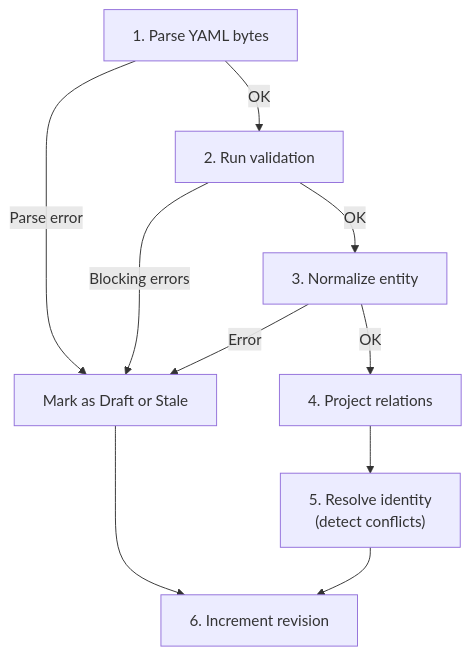
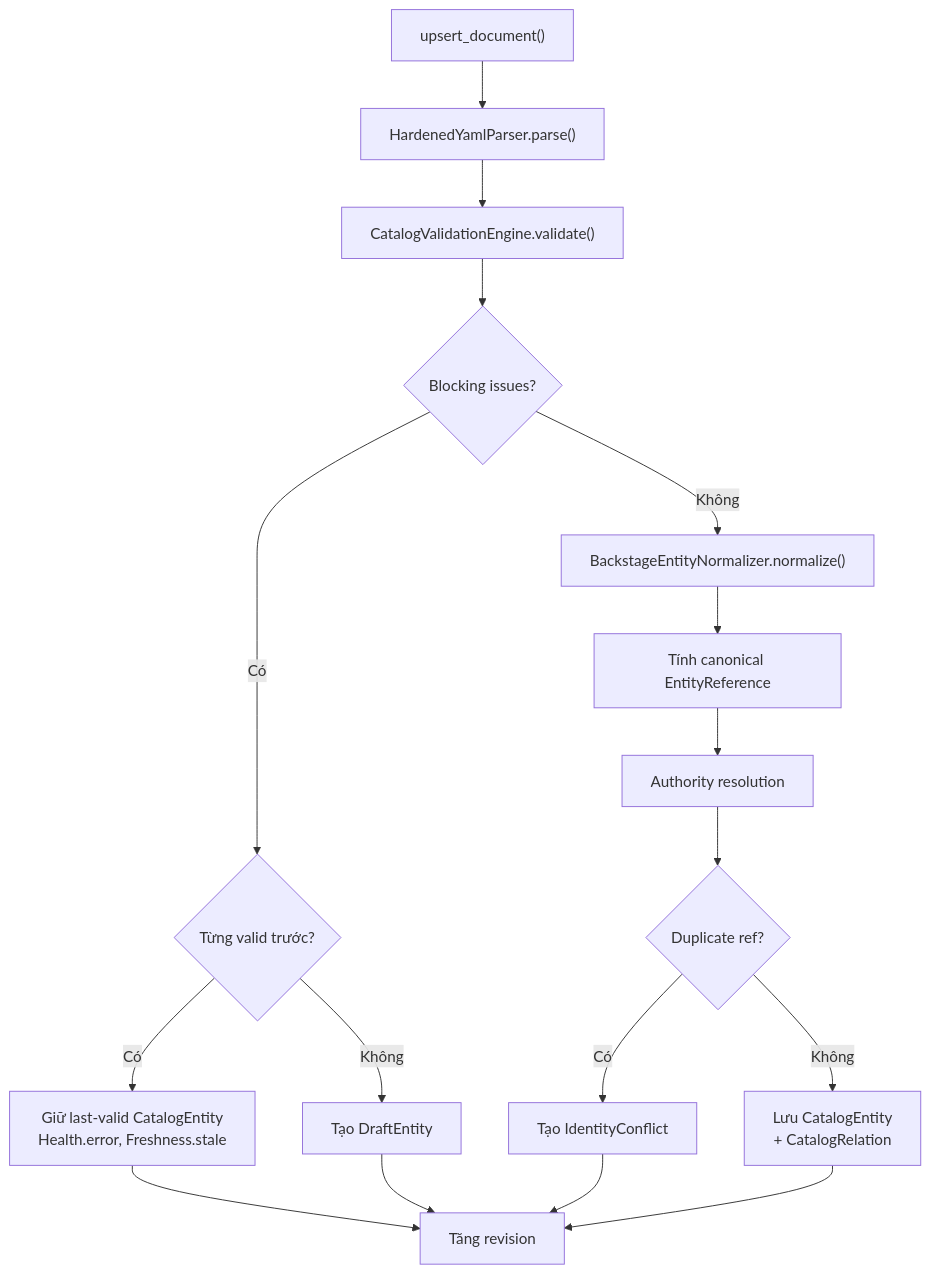
Before and after one commit to nthaihoc/cortex-ml: the diagram in docs/backend/catalog-workspace.md, drawn with Mermaid. The commit also changed other lines of this file and 57 other files, not shown here.

````diff
--- a/docs/backend/catalog-workspace.md
+++ b/docs/backend/catalog-workspace.md
@@ -73,13 +67,19 @@
 ```mermaid
 flowchart TD
-    A["1. Parse YAML bytes"] -->|Parse error| F["Mark as Draft or Stale"]
-    A -->|OK| B["2. Run validation"]
-    B -->|Blocking errors| F
-    B -->|OK| C["3. Normalize entity"]
-    C -->|Error| F
-    C -->|OK| D["4. Project relations"]
-    D --> E["5. Resolve identity\n(detect conflicts)"]
-    E --> G["6. Increment revision"]
-    F --> G
-
+    A["upsert_document()"] --> B["HardenedYamlParser.parse()"]
+    B --> C["CatalogValidationEngine.validate()"]
+    C --> D{Blocking issues?}
+    D -->|Có| E{Từng valid trước?}
+    E -->|Có| F["Giữ last-valid CatalogEntity\nHealth.error, Freshness.stale"]
+    E -->|Không| G["Tạo DraftEntity"]
+    D -->|Không| H["BackstageEntityNormalizer.normalize()"]
+    H --> I["Tính canonical EntityReference"]
+    I --> J["Authority resolution"]
+    J --> K{Duplicate ref?}
+    K -->|Có| L["Tạo IdentityConflict"]
+    K -->|Không| M["Lưu CatalogEntity\n+ CatalogRelation"]
+    M --> N["Tăng revision"]
+    F --> N
+    G --> N
+    L --> N
 ```
````
